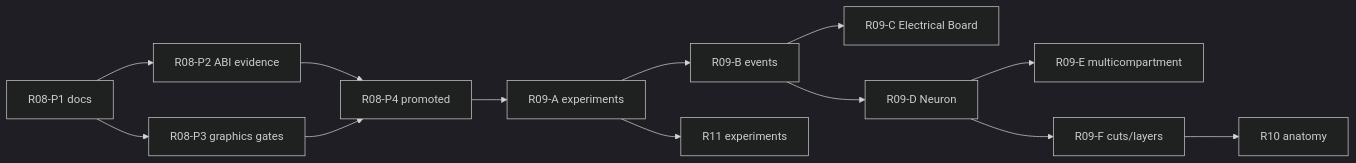
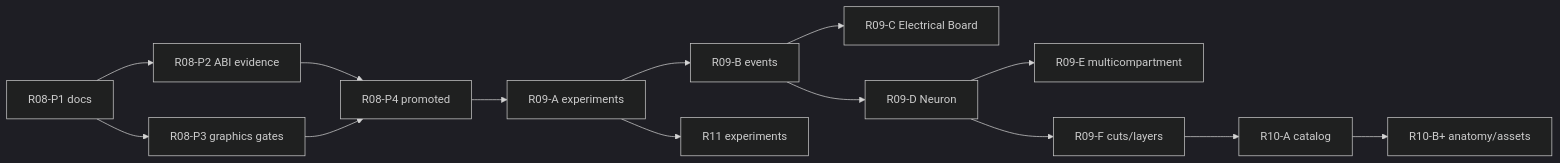
One commit to blightghp/blightghp changed diagram 13 of 13 in ARCHITECTURE.md. Above: the diagram before and after it, drawn with Mermaid (dark theme). The commit also changed other lines of this file and 33 other files, not shown here.

````diff
--- a/ARCHITECTURE.md
+++ b/ARCHITECTURE.md
@@ -473,15 +483,16 @@
 ```mermaid
 flowchart LR
     P1["R08-P1 docs"] --> P2["R08-P2 ABI evidence"]
     P1 --> P3["R08-P3 graphics gates"]
     P2 --> P4["R08-P4 promoted"]
     P3 --> P4
     P4 --> A["R09-A experiments"]
     A --> B["R09-B events"]
     B --> C["R09-C Electrical Board"]
     B --> D["R09-D Neuron"]
     D --> E["R09-E multicompartment"]
     D --> F["R09-F cuts/layers"]
-    F --> ATLAS["R10 anatomy"]
+    F --> CATALOG["R10-A catalog"]
+    CATALOG --> ATLAS["R10-B+ anatomy/assets"]
     A --> EXP["R11 experiments"]
 ```
````
